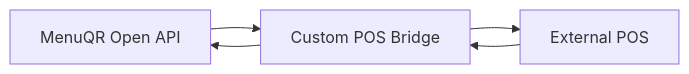
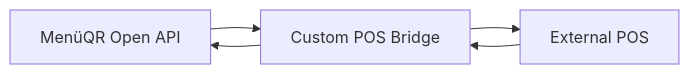
The diagram in docs/guides/custom-pos-bridge.md (Trillianti/menueqr-openapi), drawn with Mermaid before and after one commit. The commit also changed other lines of this file and 16 other files, not shown here.

````diff
--- a/docs/guides/custom-pos-bridge.md
+++ b/docs/guides/custom-pos-bridge.md
@@ -7,7 +7,7 @@
 ```mermaid
 flowchart LR
-  MenuQR["MenuQR Open API"] --> Bridge["Custom POS Bridge"]
+  MenuQR["MenüQR Open API"] --> Bridge["Custom POS Bridge"]
   Bridge --> POS["External POS"]
   POS --> Bridge
   Bridge --> MenuQR
 ```
````
